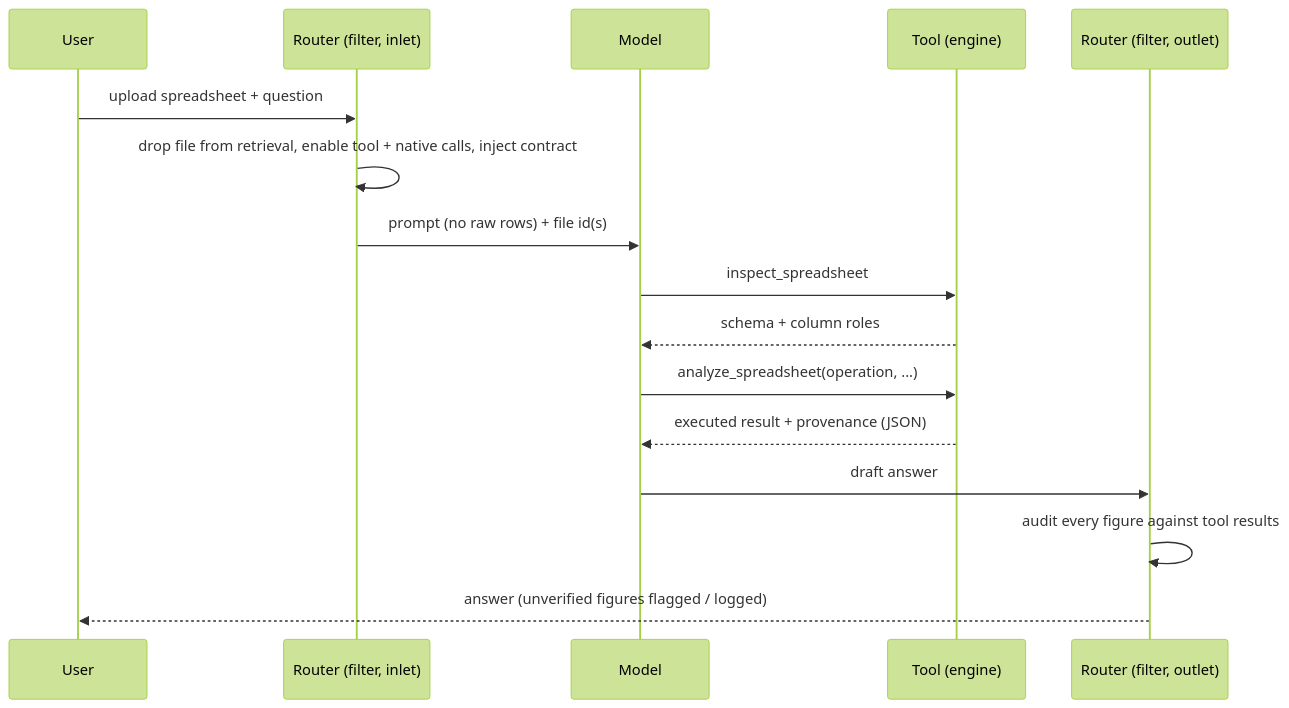
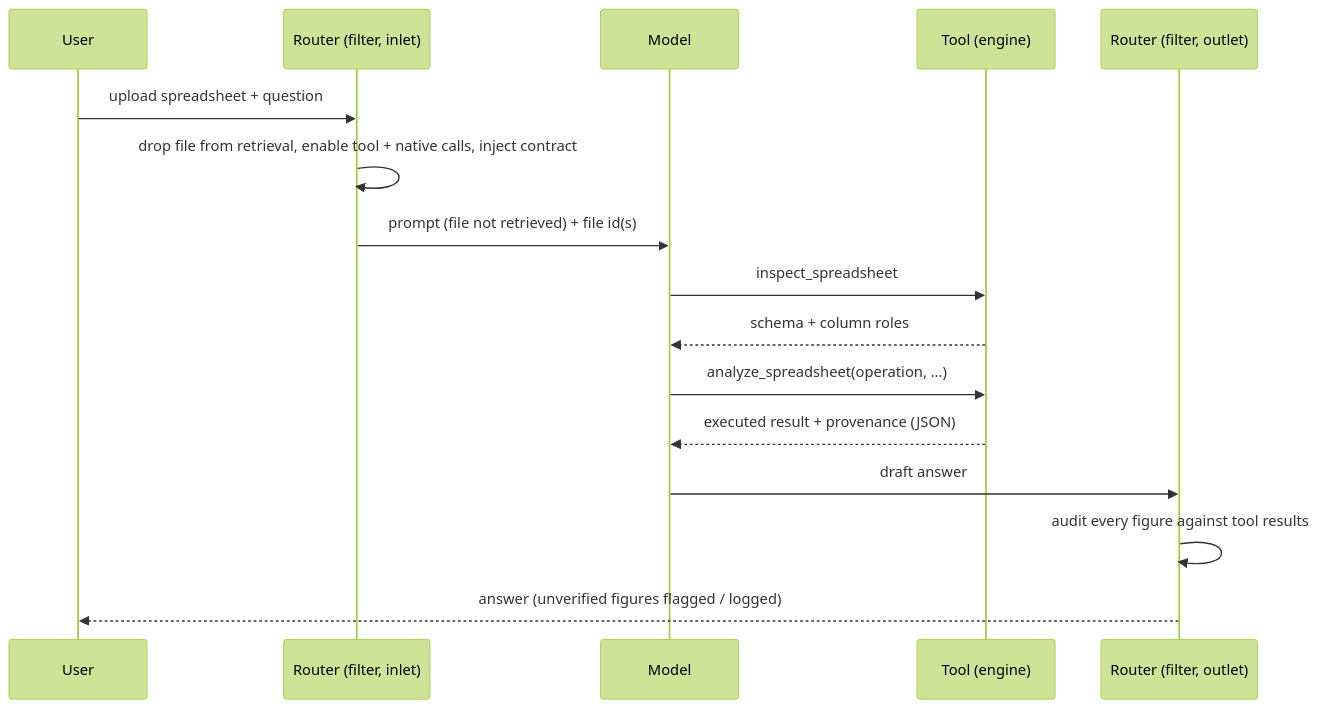
One commit to Almehmadi-Ai/sheetproof changed the diagram in docs/architecture.md. Above: the diagram before and after it, drawn with Mermaid (forest theme). The commit also changed other lines of this file and 37 other files, not shown here.

````diff
--- a/docs/architecture.md
+++ b/docs/architecture.md
@@ -9,18 +9,18 @@
 ```mermaid
 sequenceDiagram
     participant U as User
     participant Fi as Router (filter, inlet)
     participant M as Model
     participant To as Tool (engine)
     participant Fo as Router (filter, outlet)
     U->>Fi: upload spreadsheet + question
     Fi->>Fi: drop file from retrieval, enable tool + native calls, inject contract
-    Fi->>M: prompt (no raw rows) + file id(s)
+    Fi->>M: prompt (file not retrieved) + file id(s)
     M->>To: inspect_spreadsheet
     To-->>M: schema + column roles
     M->>To: analyze_spreadsheet(operation, ...)
     To-->>M: executed result + provenance (JSON)
     M->>Fo: draft answer
     Fo->>Fo: audit every figure against tool results
     Fo-->>U: answer (unverified figures flagged / logged)
 ```
````
